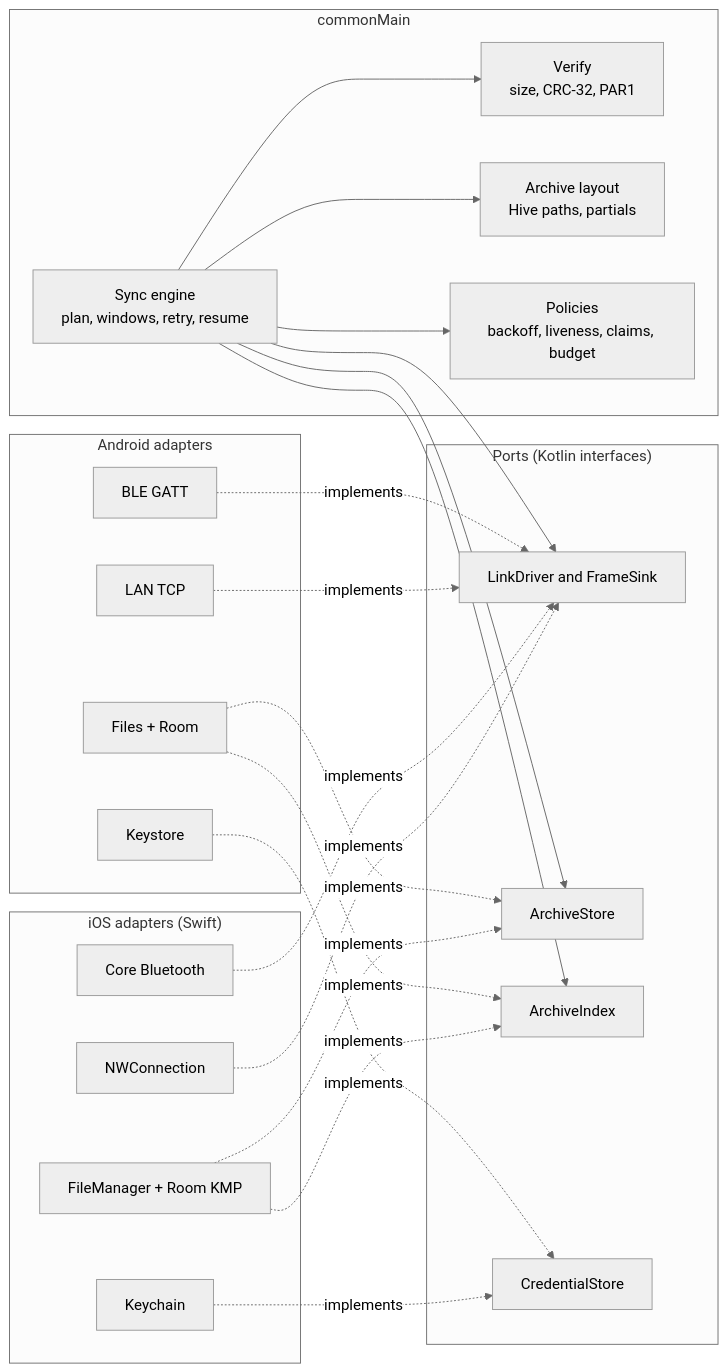
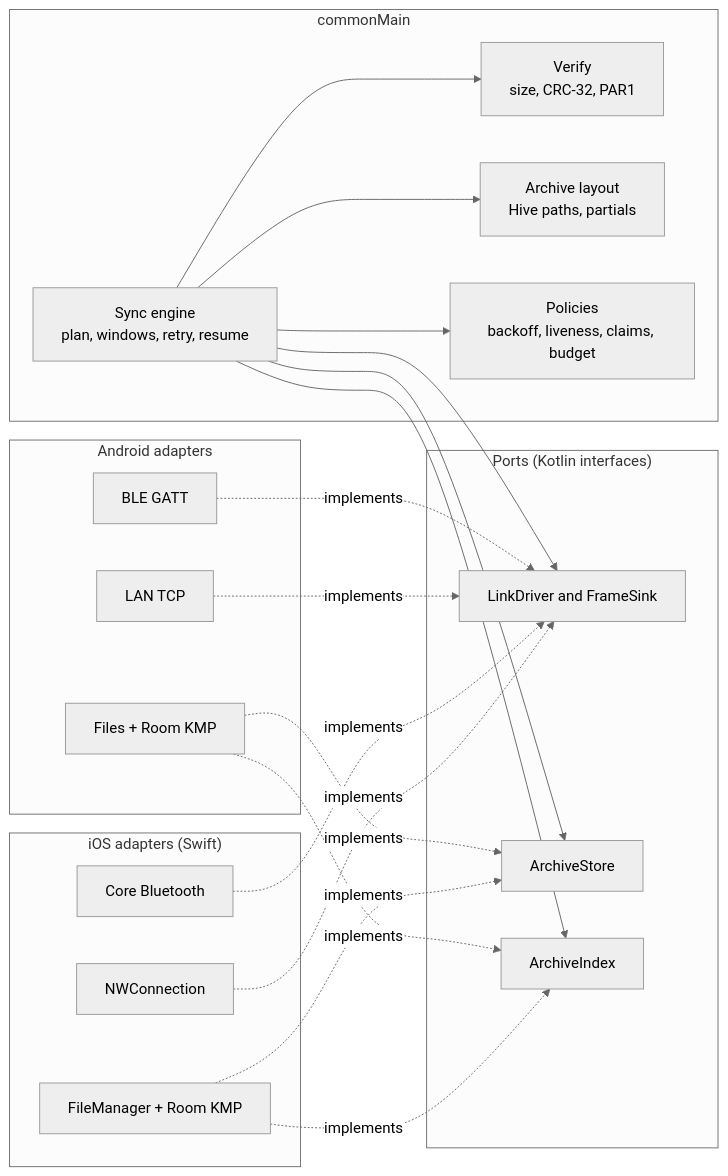
The diagram in docs/cross-platform-guide.md (walkthru-earth/opensensor-space-mobile), drawn with Mermaid (neutral theme) before and after one commit. The commit also changed other lines of this file and 17 other files, not shown here.

First line of the commit message:
Sync the architecture, protocol and pipeline docs with the code

````diff
--- a/docs/cross-platform-guide.md
+++ b/docs/cross-platform-guide.md
@@ -48,35 +39,30 @@
 ```mermaid
 flowchart LR
   subgraph shared["commonMain"]
     E[Sync engine<br/>plan, windows, retry, resume]
     V[Verify<br/>size, CRC-32, PAR1]
     L[Archive layout<br/>Hive paths, partials]
     P[Policies<br/>backoff, liveness, claims, budget]
   end
   subgraph ports["Ports (Kotlin interfaces)"]
     FL[LinkDriver and FrameSink]
     AS[ArchiveStore]
     AI[ArchiveIndex]
-    CS[CredentialStore]
   end
   subgraph a["Android adapters"]
     AB[BLE GATT]
     AL[LAN TCP]
-    AF[Files + Room]
-    AK[Keystore]
+    AF[Files + Room KMP]
   end
   subgraph i["iOS adapters (Swift)"]
     IB[Core Bluetooth]
     IL[NWConnection]
     IF[FileManager + Room KMP]
-    IK[Keychain]
   end
   E --> FL & AS & AI
   E --> V & L & P
   AB & AL -.implements.-> FL
   IB & IL -.implements.-> FL
   AF -.implements.-> AS & AI
   IF -.implements.-> AS & AI
-  AK -.implements.-> CS
-  IK -.implements.-> CS
 ```
````
